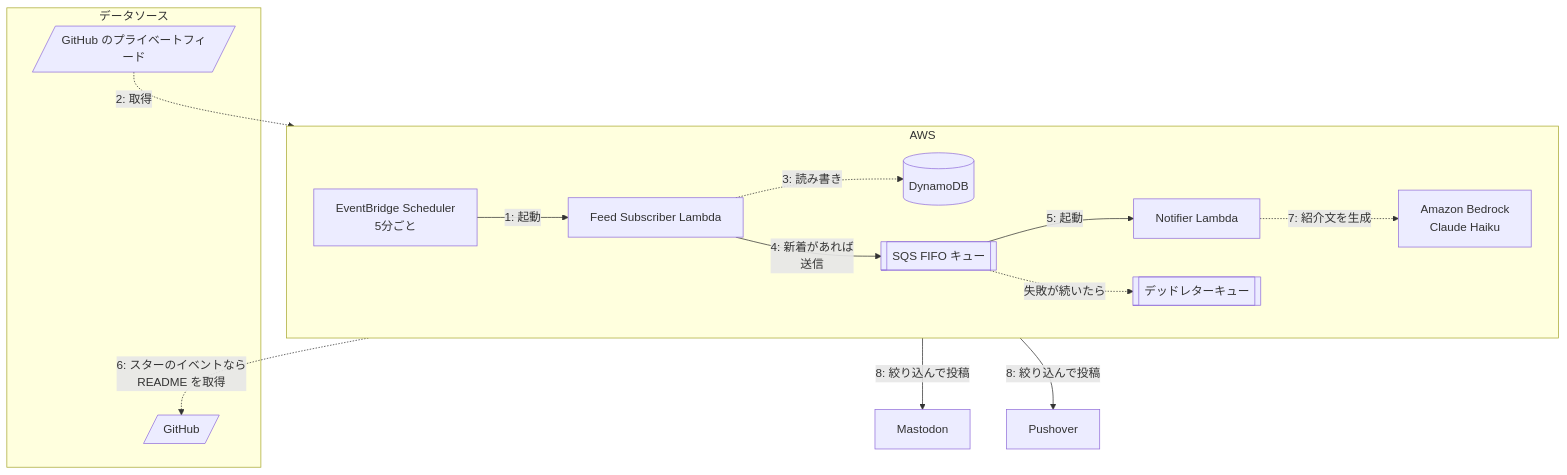
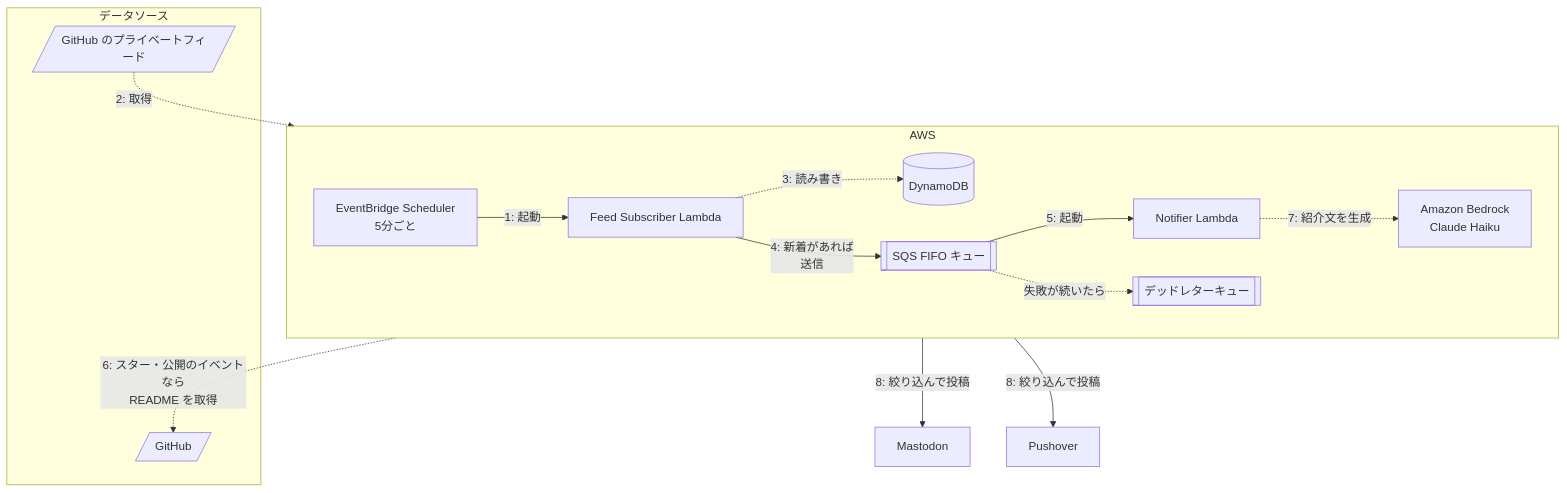
Before and after one commit to masutaka/masutaka-feed: the first of 2 diagrams in README.md, drawn with Mermaid. The commit also changed other lines of this file and 4 other files, not shown here.

````diff
--- a/README.md
+++ b/README.md
@@ -15,26 +15,26 @@
 ```mermaid
 graph TD
     subgraph "データソース"
         A[/GitHub のプライベートフィード/]
         R[/GitHub/]
     end
 
     subgraph "AWS"
         direction LR
         G[EventBridge Scheduler<br/>5分ごと] -->|1: 起動| H[Feed Subscriber Lambda]
         H -.->|3: 読み書き| I[(DynamoDB)]
         H -->|4: 新着があれば<br/>送信| Q[[SQS FIFO キュー]]
         Q -->|5: 起動| D[Notifier Lambda]
         Q -.->|失敗が続いたら| X[[デッドレターキュー]]
         B[Amazon Bedrock<br/>Claude Haiku]
     end
 
     E[Mastodon]
     F[Pushover]
 
     A -.->|2: 取得| H
-    D -.->|6: スターのイベントなら<br/>README を取得| R
+    D -.->|6: スター・公開のイベントなら<br/>README を取得| R
     D -.->|7: 紹介文を生成| B
     D -->|8: 絞り込んで投稿| E
     D -->|8: 絞り込んで投稿| F
 ```
````
